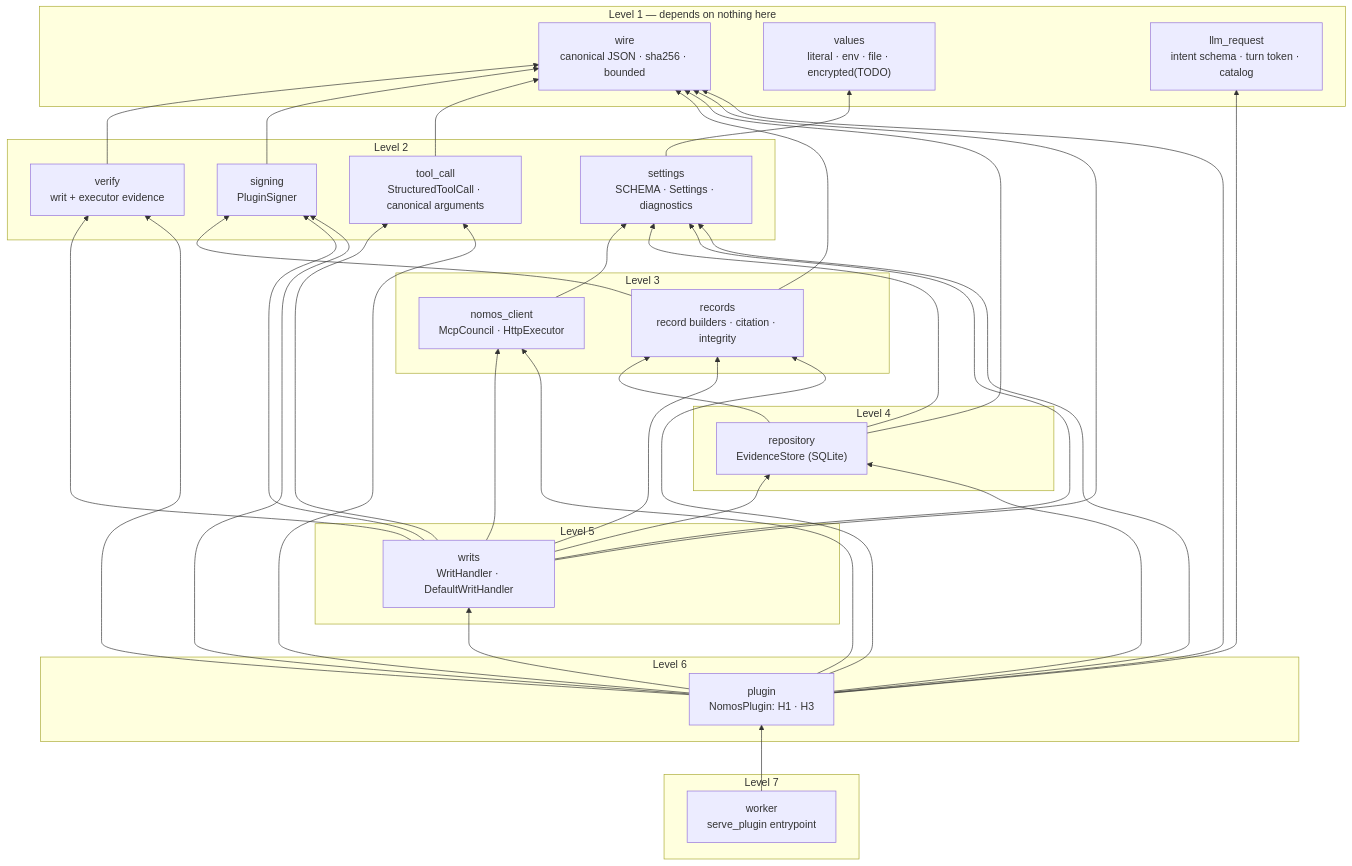
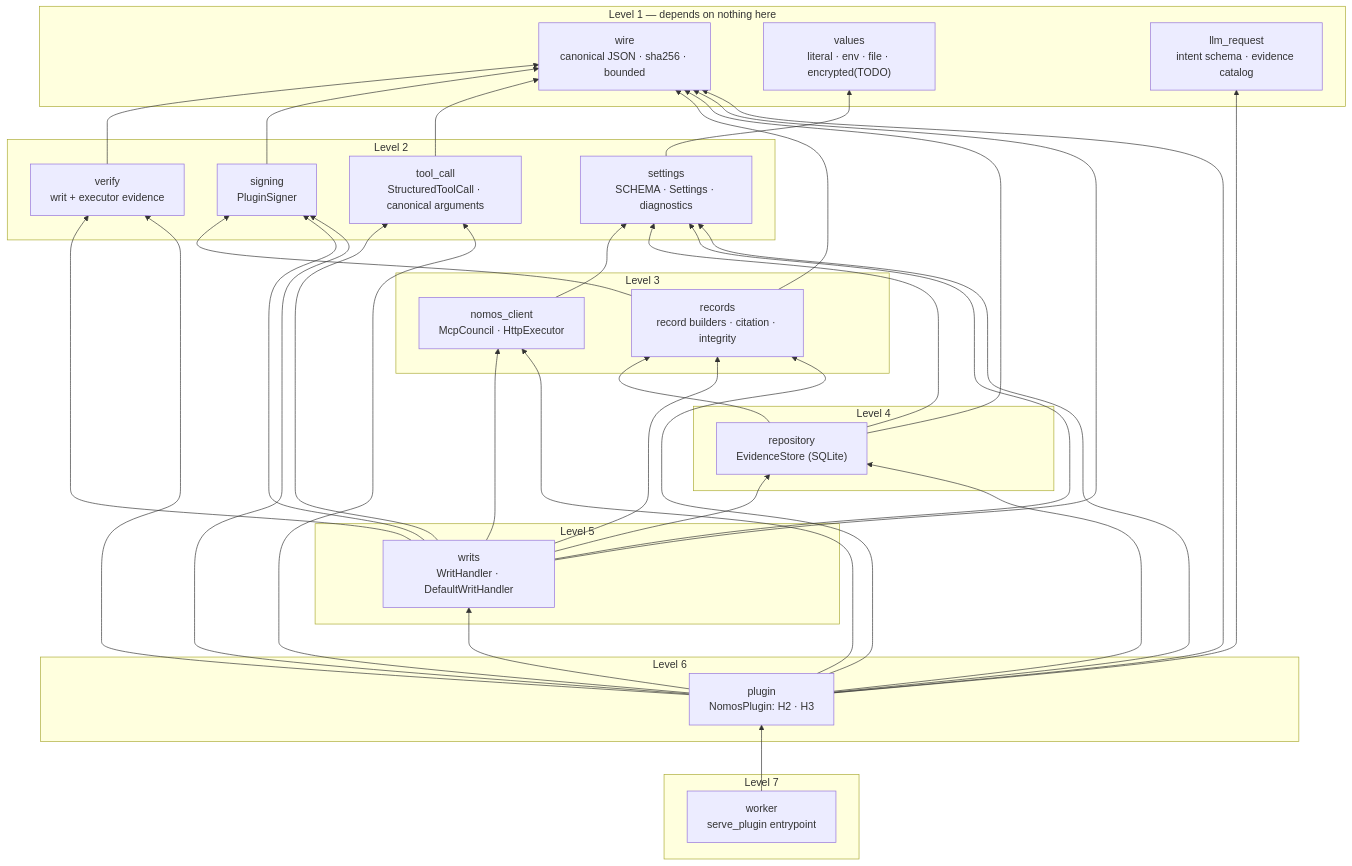
The diagram in integrations/nemo-relay/docs/architecture/08-components.md (NVIDIA/Nomos), drawn with Mermaid before and after one commit. The commit also changed other lines of this file and 53 other files, not shown here.

````diff
--- a/integrations/nemo-relay/docs/architecture/08-components.md
+++ b/integrations/nemo-relay/docs/architecture/08-components.md
@@ -16,40 +16,40 @@
 ```mermaid
 flowchart BT
   subgraph L1["Level 1 — depends on nothing here"]
     wire["wire<br/>canonical JSON · sha256 · bounded"]
     values["values<br/>literal · env · file · encrypted(TODO)"]
-    llm["llm_request<br/>intent schema · turn token · catalog"]
+    llm["llm_request<br/>intent schema · evidence catalog"]
   end
   subgraph L2["Level 2"]
     settings["settings<br/>SCHEMA · Settings · diagnostics"]
     verify["verify<br/>writ + executor evidence"]
     signing["signing<br/>PluginSigner"]
     toolcall["tool_call<br/>StructuredToolCall · canonical arguments"]
   end
   subgraph L3["Level 3"]
     client["nomos_client<br/>McpCouncil · HttpExecutor"]
     records["records<br/>record builders · citation · integrity"]
   end
   subgraph L4["Level 4"]
     repo["repository<br/>EvidenceStore (SQLite)"]
   end
   subgraph L5["Level 5"]
     writs["writs<br/>WritHandler · DefaultWritHandler"]
   end
   subgraph L6["Level 6"]
-    plugin["plugin<br/>NomosPlugin: H1 · H3"]
+    plugin["plugin<br/>NomosPlugin: H2 · H3"]
   end
   subgraph L7["Level 7"]
     worker["worker<br/>serve_plugin entrypoint"]
   end
   settings --> values
   verify --> wire
   signing --> wire
   client --> settings
   toolcall --> wire
   records --> signing & wire
   repo --> records & settings & wire
   writs --> client & records & repo & settings & signing & toolcall & verify & wire
   plugin --> llm & client & records & repo & settings & signing & toolcall & verify & wire & writs
   worker --> plugin
 ```
````
